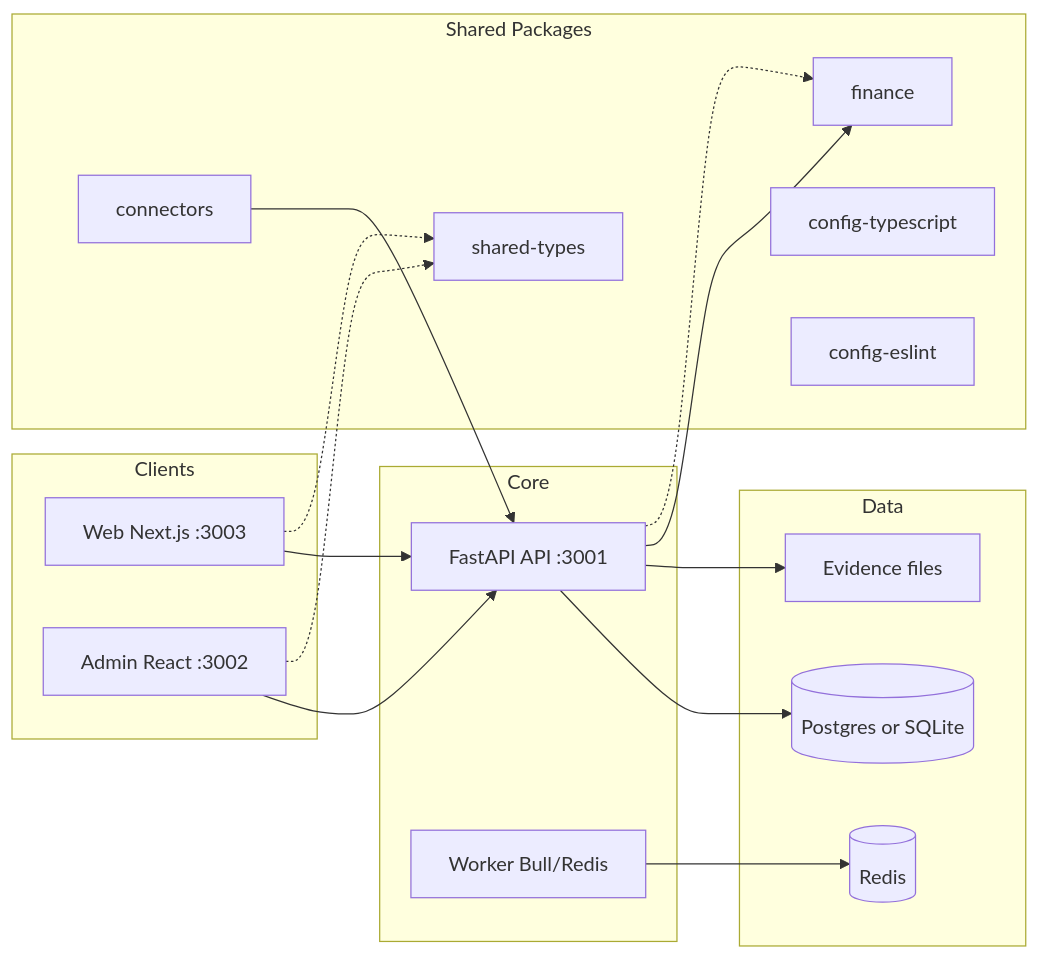
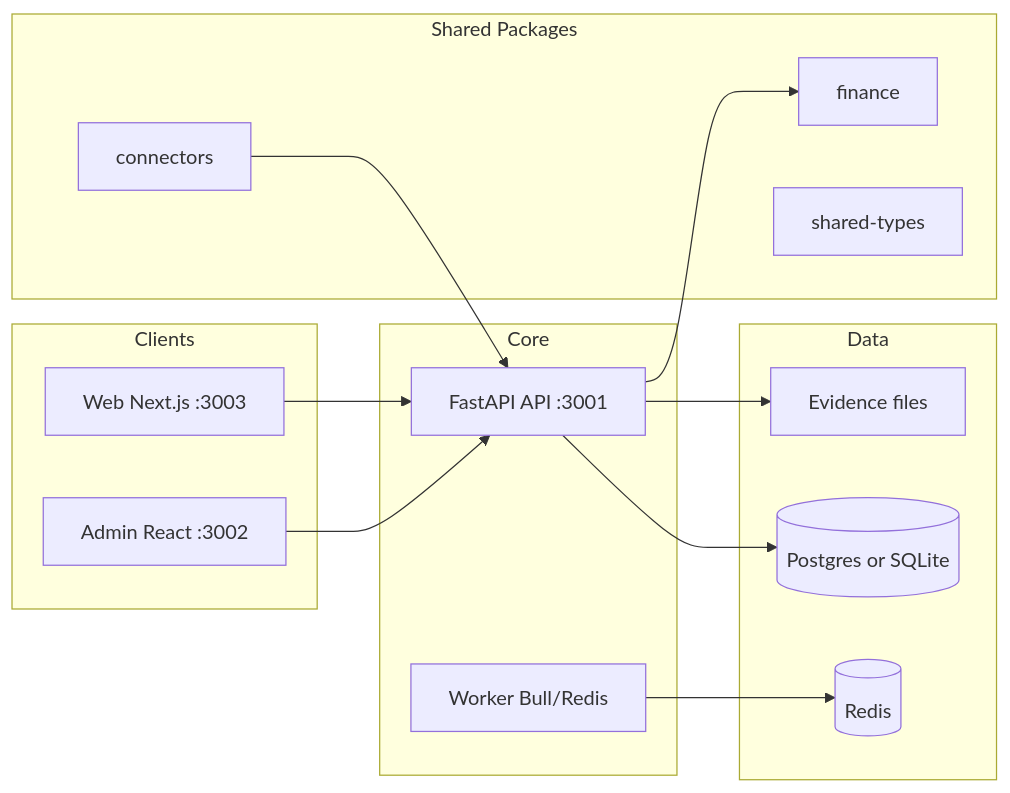
One commit to 1Touch-dev/Finance-Advanced-Research-Platform changed the diagram in README.md. Above: the diagram before and after it, drawn with Mermaid. The commit also changed other lines of this file and 27 other files, not shown here.

````diff
--- a/README.md
+++ b/README.md
@@ -377,33 +705,28 @@
 ```mermaid
 flowchart LR
   subgraph clients [Clients]
     Web[Web Next.js :3003]
     Admin[Admin React :3002]
   end
   subgraph core [Core]
     API[FastAPI API :3001]
     Worker[Worker Bull/Redis]
   end
   subgraph data [Data]
     DB[(Postgres or SQLite)]
     Redis[(Redis)]
     Vault[Evidence files]
   end
   subgraph packages [Shared Packages]
     Finance[finance]
     Connectors[connectors]
     Types[shared-types]
-    ConfigTS[config-typescript]
-    ConfigESLint[config-eslint]
   end
   Web --> API
   Admin --> API
   Worker --> Redis
   API --> DB
   API --> Vault
   API --> Finance
   Connectors --> API
-  Web -.-> Types
-  Admin -.-> Types
-  API -.-> Finance
 ```
````
